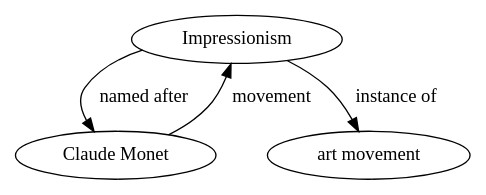
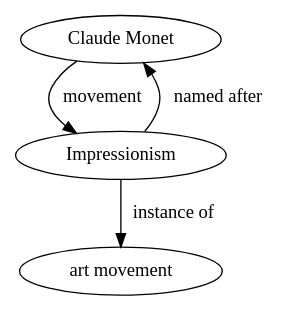
The diagram in param-search/graphs/rebel/sent/7/Impressionism.dot (N-Shimoda/KG-MCQA), drawn with Graphviz before and after one commit. The commit also changed other lines of this file and 67 other files, not shown here.

```diff
--- a/param-search/graphs/rebel/sent/7/Impressionism.dot
+++ b/param-search/graphs/rebel/sent/7/Impressionism.dot
@@ -1,11 +1,11 @@
 digraph RDFGraph {
 	// Nodes
+	"Claude Monet";
 	"Impressionism";
-	"Claude Monet";
 	"art movement";
 
 	// Edges
-	"Claude Monet" -> "Impressionism" [label="movement"];
 	"Impressionism" -> "Claude Monet" [label="named after"];
 	"Impressionism" -> "art movement" [label="instance of"];
+	"Claude Monet" -> "Impressionism" [label="movement"];
 }
```
